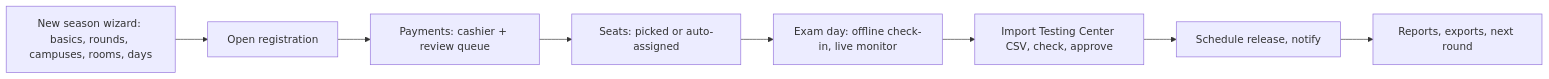
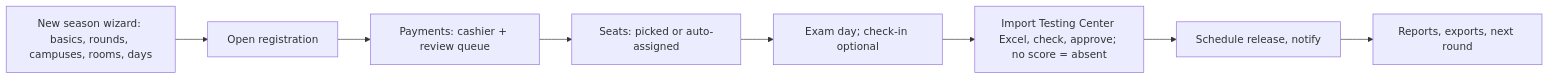
Before and after one commit to orbitsdev/sksu-tpt-v4: the fourth of 5 diagrams in docs/PRD.md, drawn with Mermaid. The commit also changed other lines of this file and 101 other files, not shown here.

````diff
--- a/docs/PRD.md
+++ b/docs/PRD.md
@@ -211,10 +230,10 @@
 ```mermaid
 flowchart LR
     S1[New season wizard: basics, rounds, campuses, rooms, days] --> S2[Open registration]
     S2 --> S3[Payments: cashier + review queue]
     S3 --> S4[Seats: picked or auto-assigned]
-    S4 --> S5[Exam day: offline check-in, live monitor]
-    S5 --> S6[Import Testing Center CSV, check, approve]
+    S4 --> S5[Exam day; check-in optional]
+    S5 --> S6[Import Testing Center Excel, check, approve; no score = absent]
     S6 --> S7[Schedule release, notify]
     S7 --> S8[Reports, exports, next round]
 ```
````
